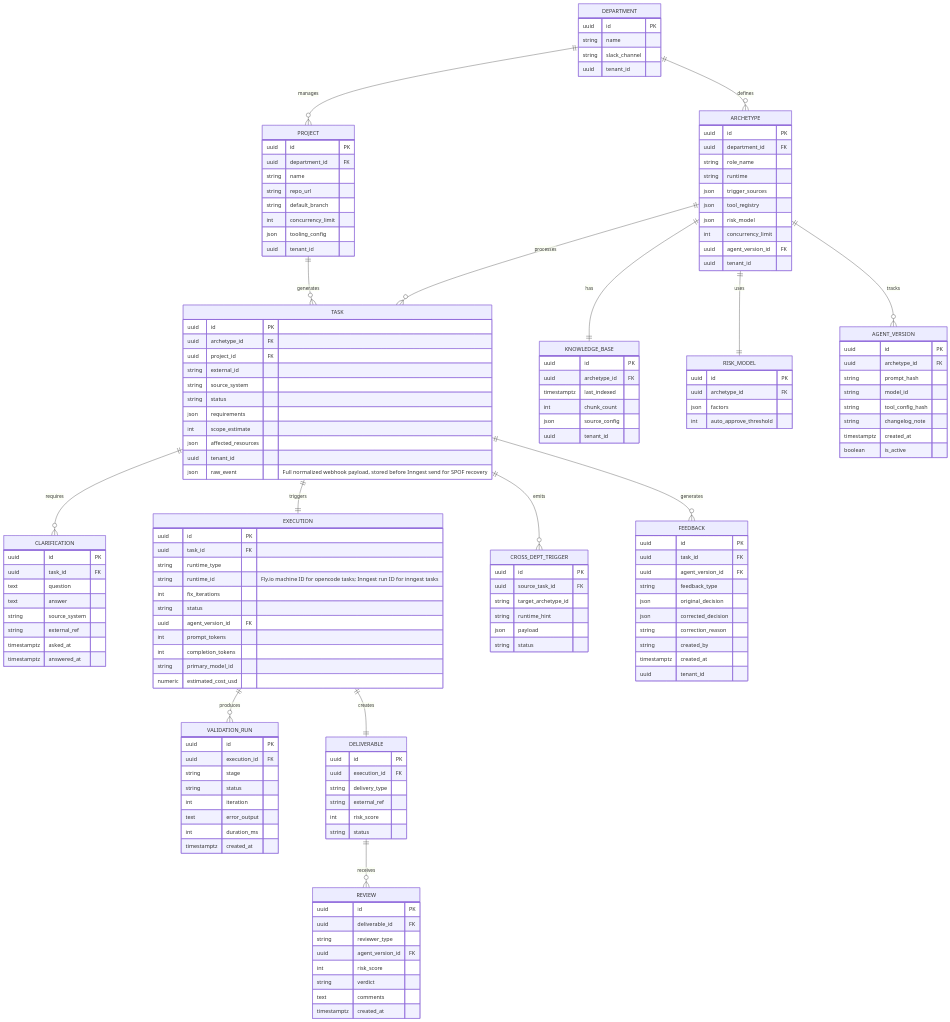
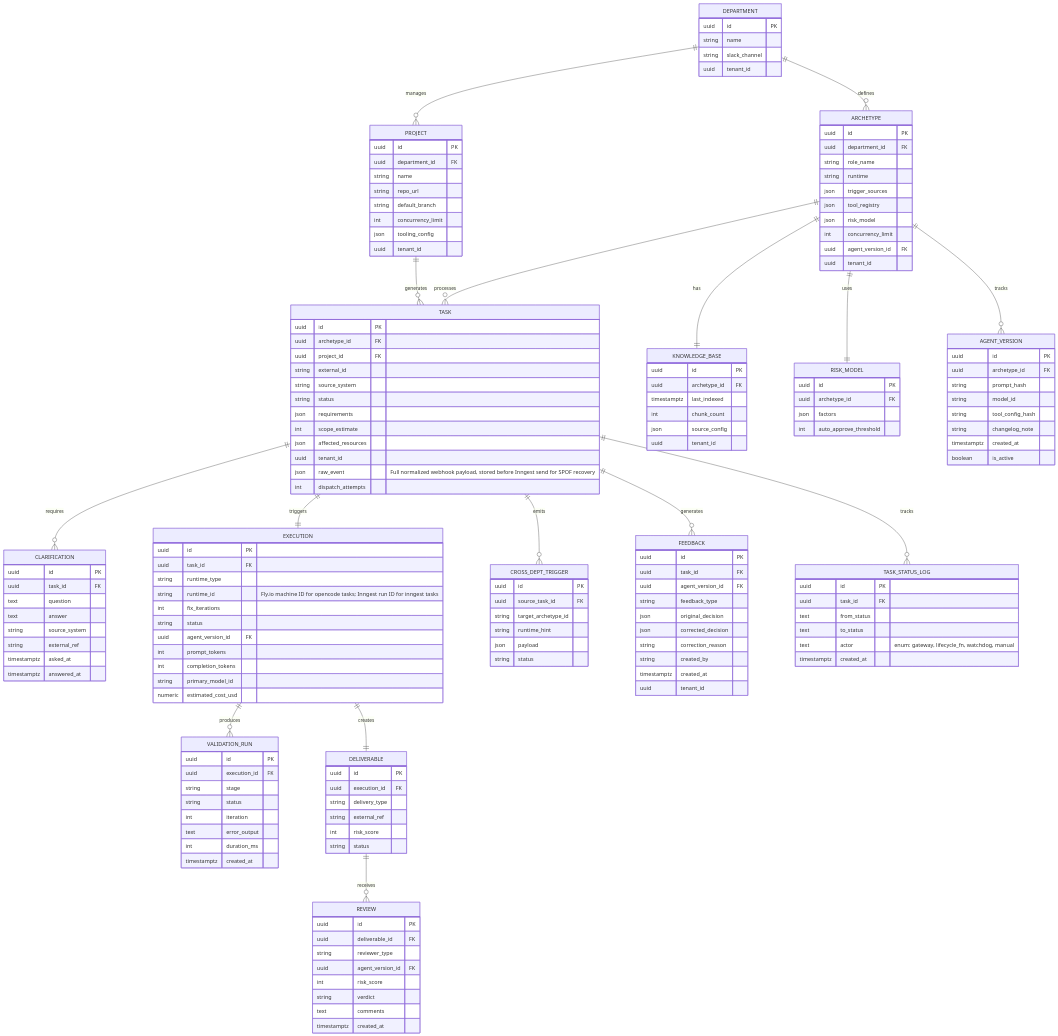
Before and after one commit to viiqswim/dozaldevs-ai-employee: diagram 13 of 16 in docs/2026-03-22-2317-ai-employee-architecture.md, drawn with Mermaid. The commit also changed other lines of this file and 4 other files, not shown here.

First line of the commit message:
docs(architecture): add SPOF mitigation, data model hardening, infra limits

````diff
--- a/docs/2026-03-22-2317-ai-employee-architecture.md
+++ b/docs/2026-03-22-2317-ai-employee-architecture.md
@@ -1379,6 +1404,7 @@
     DELIVERABLE ||--o{ REVIEW : receives
     TASK ||--o{ CROSS_DEPT_TRIGGER : emits
     TASK ||--o{ FEEDBACK : generates
+    TASK ||--o{ TASK_STATUS_LOG : tracks
     ARCHETYPE ||--o{ AGENT_VERSION : tracks
     PROJECT ||--o{ TASK : generates
 
@@ -1412,6 +1438,7 @@
         json affected_resources
         uuid tenant_id
         json raw_event "Full normalized webhook payload, stored before Inngest send for SPOF recovery"
+        int dispatch_attempts
     }
     EXECUTION {
         uuid id PK
@@ -1518,4 +1545,12 @@
         timestamptz asked_at
         timestamptz answered_at
     }
+    TASK_STATUS_LOG {
+        uuid id PK
+        uuid task_id FK
+        text from_status
+        text to_status
+        text actor "enum: gateway, lifecycle_fn, watchdog, manual"
+        timestamptz created_at
+    }
 ```
````
